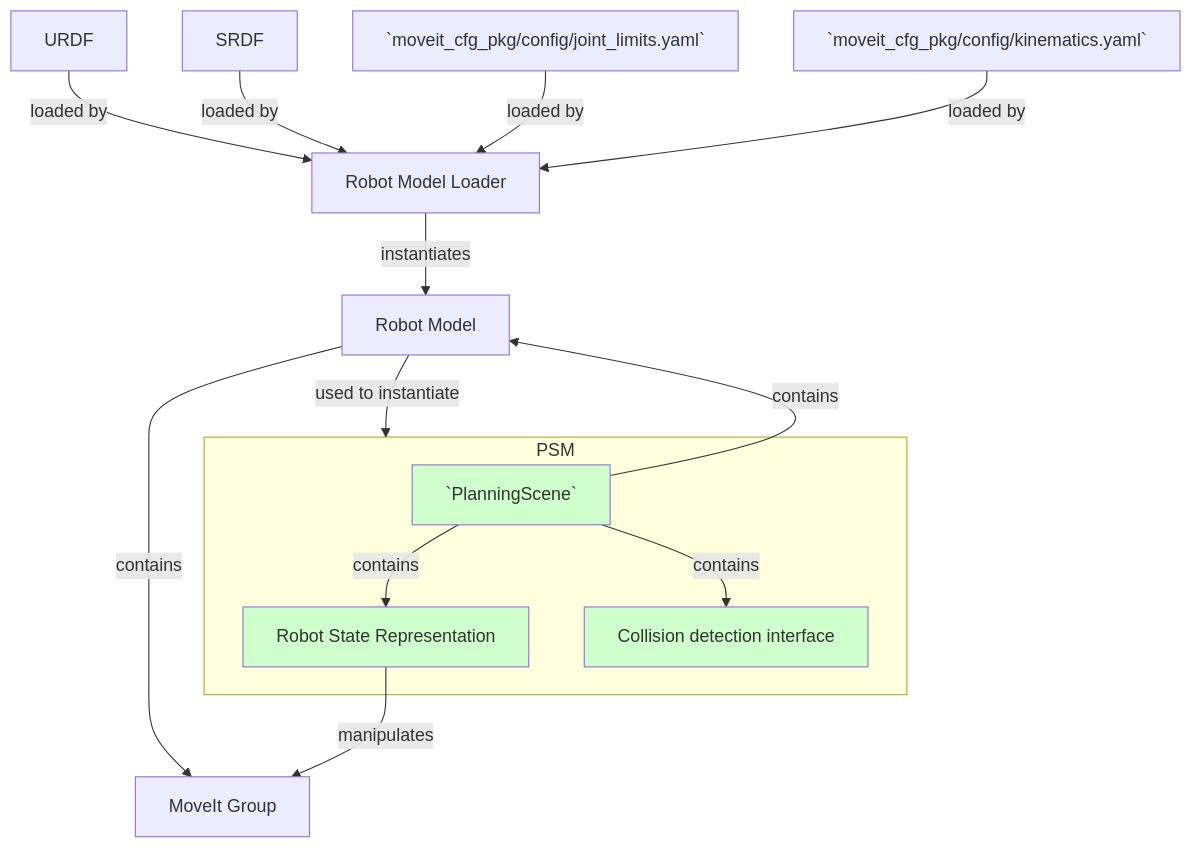
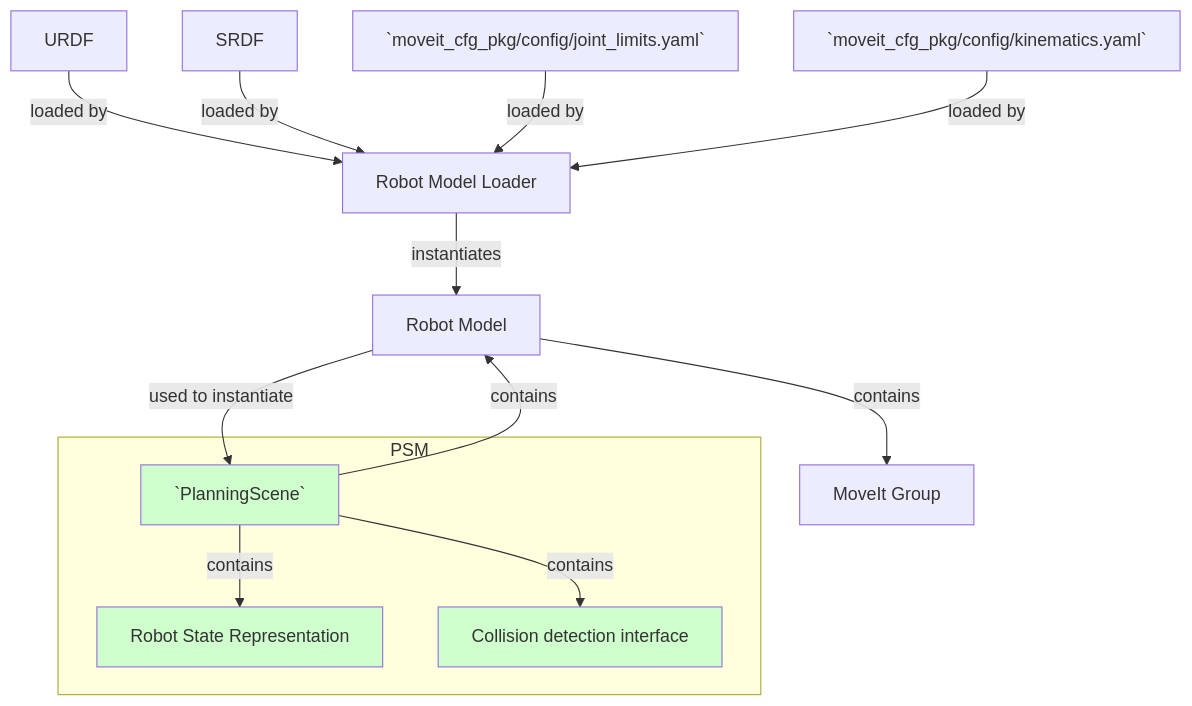
Before and after one commit to rafaelrojasmiliani/moveit_tutorial: the second of 3 diagrams in 02_planning_scene/readme.md, drawn with Mermaid. The commit also changed other lines of this file, not shown here.

````diff
--- a/02_planning_scene/readme.md
+++ b/02_planning_scene/readme.md
@@ -107,19 +107,18 @@
 ```mermaid
-flowchart TB;
+graph TD;
     URDF -- loaded by --> RML[Robot Model Loader];
     SRDF -- loaded by --> RML;
     J[`moveit_cfg_pkg/config/joint_limits.yaml`] -- loaded by --> RML;
     K[`moveit_cfg_pkg/config/kinematics.yaml`] -- loaded by --> RML;
     RML -- instantiates --> RM[Robot Model];
     RM -- contains --> MG[MoveIt Group];
     PS[`PlanningScene`] -- contains --> RM;
     subgraph PSM
     PS -- contains --> RS[Robot State Representation];
     PS -- contains --> CD[Collision detection interface];
     end
-    RS -- manipulates --> MG;
-    RM -- used to instantiate --> PSM;
+    RM -- used to instantiate --> PS;
     style PS fill:#CFFFCD;
     style RS fill:#CFFFCD;
     style CD fill:#CFFFCD;
 ```
````
